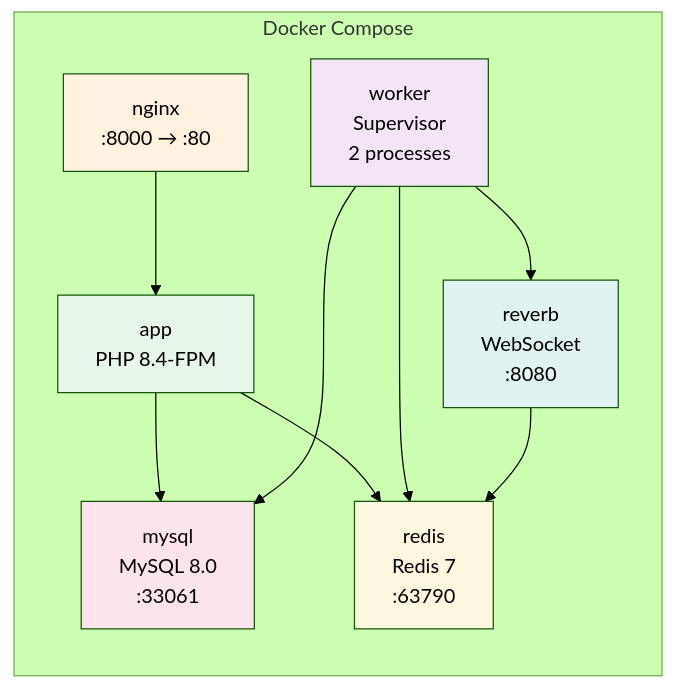
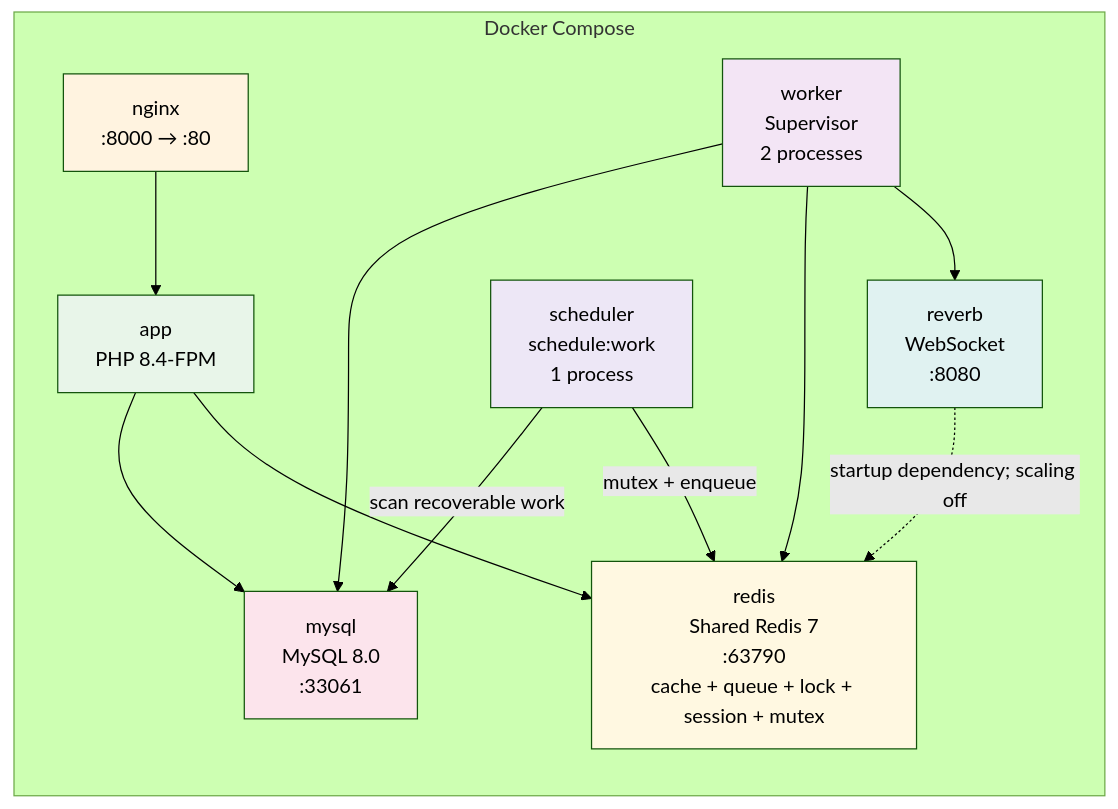
The seventh of 12 diagrams in docs/architecture.md (AbdouShalby/Distributed-Order-Processing-System), drawn with Mermaid (forest theme) before and after one commit. The commit also changed other lines of this file and 8 other files, not shown here.

````diff
--- a/docs/architecture.md
+++ b/docs/architecture.md
@@ -204,26 +269,30 @@
 ```mermaid
 graph LR
     subgraph Docker Compose
         app[app<br/>PHP 8.4-FPM]
         nginx[nginx<br/>:8000 → :80]
         mysql[mysql<br/>MySQL 8.0<br/>:33061]
-        redis[redis<br/>Redis 7<br/>:63790]
+        redis[redis<br/>Shared Redis 7<br/>:63790<br/>cache + queue + lock + session + mutex]
         worker[worker<br/>Supervisor<br/>2 processes]
+        scheduler[scheduler<br/>schedule:work<br/>1 process]
         reverb[reverb<br/>WebSocket<br/>:8080]
     end
 
     nginx --> app
     app --> mysql
     app --> redis
     worker --> mysql
     worker --> redis
     worker --> reverb
-    reverb --> redis
+    scheduler -->|scan recoverable work| mysql
+    scheduler -->|mutex + enqueue| redis
+    reverb -.->|startup dependency; scaling off| redis
 
     style nginx fill:#fff3e0
     style app fill:#e8f5e9
     style mysql fill:#fce4ec
     style redis fill:#fff8e1
     style worker fill:#f3e5f5
+    style scheduler fill:#ede7f6
     style reverb fill:#e0f2f1
 ```
````
